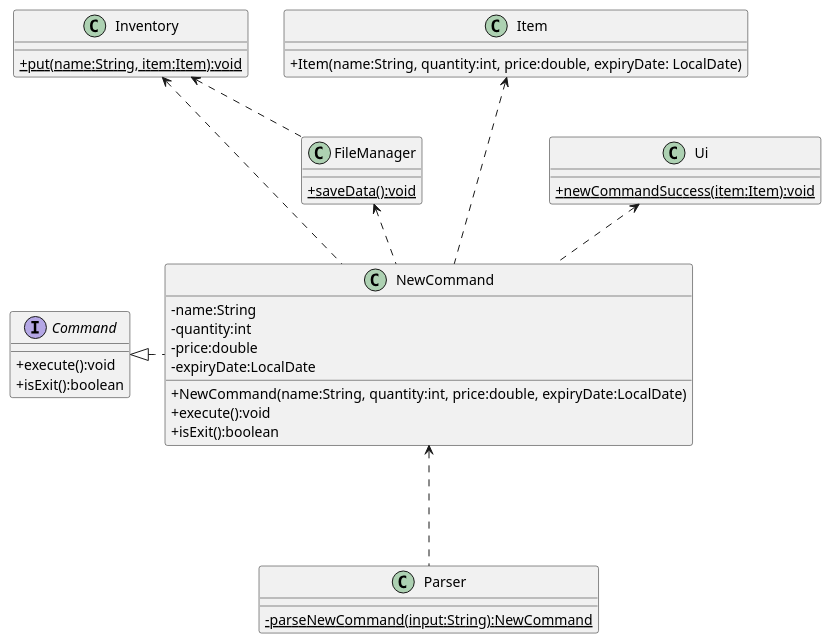
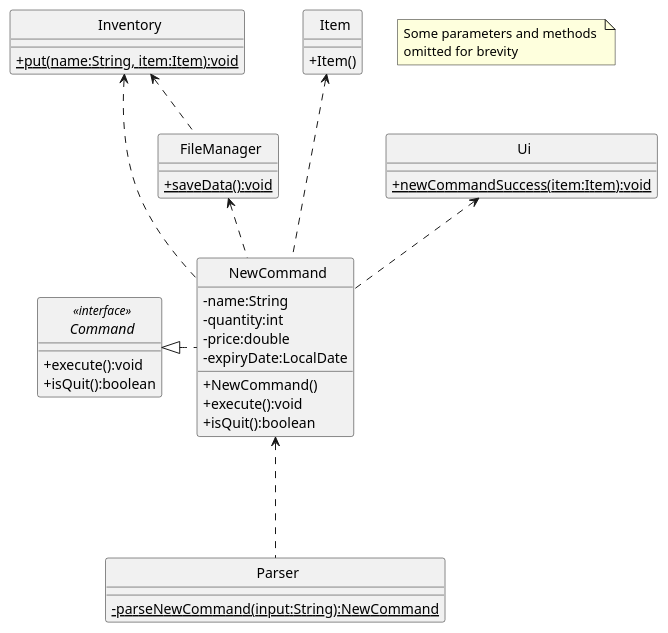
Before and after one commit to rismm/tp: the first of 2 diagrams in docs/uml-diagrams/NewCommand.puml, drawn with PlantUML. The commit also changed 14 other files, not shown here.

Commit message:
Update UML diagrams

```diff
--- a/docs/uml-diagrams/NewCommand.puml
+++ b/docs/uml-diagrams/NewCommand.puml
@@ -1,56 +1,60 @@
 @startuml
 'https://plantuml.com/class-diagram
 skinparam classAttributeIconSize 0
+skinparam CircledCharacterFontSize 0
+skinparam CircledCharacterRadius 0
 
 abstract class Command
 class Inventory
 class Item
 class NewCommand
 class Parser
 class Ui
 class FileManager
 
 Command <|. NewCommand
 Item <... NewCommand
 Ui <.. NewCommand
 Inventory <.. NewCommand
 NewCommand <... Parser
 FileManager <.. NewCommand
 Inventory <.. FileManager
 
-interface Command {
+interface Command <<interface>> {
     +execute():void
-    +isExit():boolean
+    +isQuit():boolean
 }
 
 class NewCommand {
     -name:String
     -quantity:int
     -price:double
     -expiryDate:LocalDate
-    +NewCommand(name:String, quantity:int, price:double, expiryDate:LocalDate)
+    +NewCommand()
     +execute():void
-    +isExit():boolean
+    +isQuit():boolean
 }
 
 class Item {
-    +Item(name:String, quantity:int, price:double, expiryDate: LocalDate)
+    +Item()
 }
 
 class Inventory {
     {static}+put(name:String, item:Item):void
 }
 
 class Ui {
     {static}+newCommandSuccess(item:Item):void
 }
 
 class Parser {
     {static}-parseNewCommand(input:String):NewCommand
 }
 
 class FileManager {
     {static}+saveData():void
 }
 
+note "Some parameters and methods \nomitted for brevity" as n1
+
 @enduml
```
